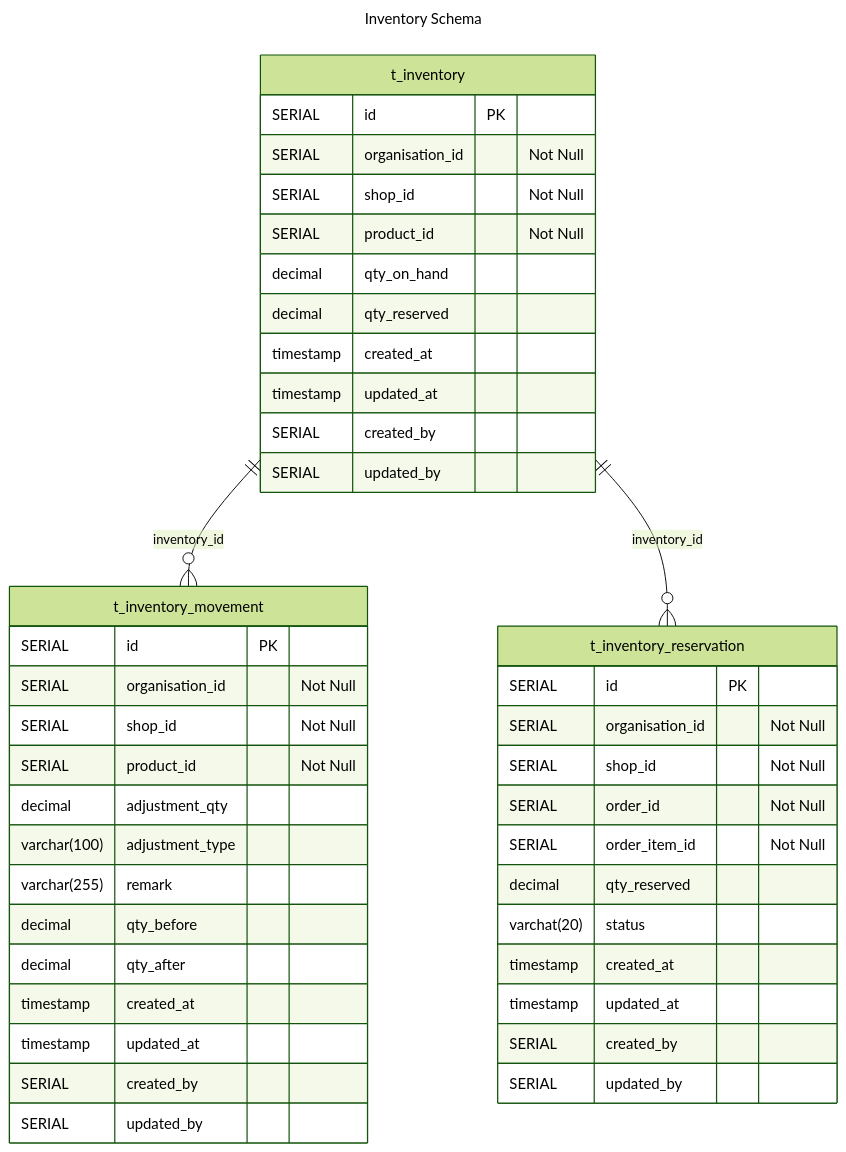
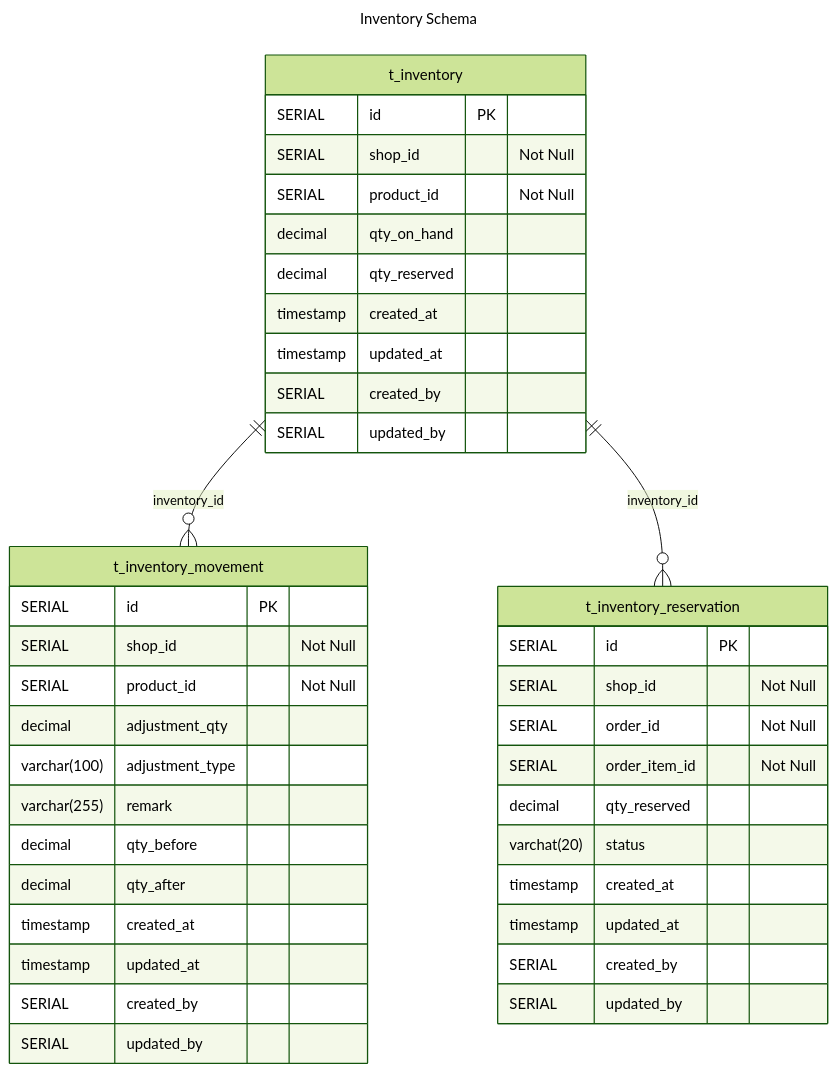
One commit to va4815/stockflow-docs changed the diagram in database/modules/inventory-erd.md. Above: the diagram before and after it, drawn with Mermaid (forest theme).

Commit message:
refactor inventory ERD

````diff
--- a/database/modules/inventory-erd.md
+++ b/database/modules/inventory-erd.md
@@ -21,59 +21,56 @@
 ```mermaid
 ---
 title: Inventory Schema
 ---
 erDiagram
     t_inventory {
         SERIAL id PK
-        SERIAL organisation_id "Not Null"
         SERIAL shop_id "Not Null"
         SERIAL product_id "Not Null"
 
         decimal qty_on_hand
         decimal qty_reserved
 
         timestamp created_at
         timestamp updated_at
         SERIAL created_by
         SERIAL updated_by
     }
 
     t_inventory_movement {
         SERIAL id PK
-        SERIAL organisation_id "Not Null"
         SERIAL shop_id "Not Null"
         SERIAL product_id "Not Null"
 
         decimal adjustment_qty
         varchar(100) adjustment_type
         varchar(255) remark
 
         decimal qty_before
         decimal qty_after
 
         timestamp created_at
         timestamp updated_at
         SERIAL created_by
         SERIAL updated_by
     }
     t_inventory ||--o{ t_inventory_movement : inventory_id
 
     t_inventory_reservation {
         SERIAL id PK
 
-        SERIAL organisation_id "Not Null"
         SERIAL shop_id "Not Null"
         
         SERIAL order_id "Not Null"
         SERIAL order_item_id "Not Null"
 
         decimal qty_reserved
         varchat(20) status
 
         timestamp created_at
         timestamp updated_at
         SERIAL created_by
         SERIAL updated_by
     }
     t_inventory ||--o{ t_inventory_reservation : inventory_id
 ```
````
